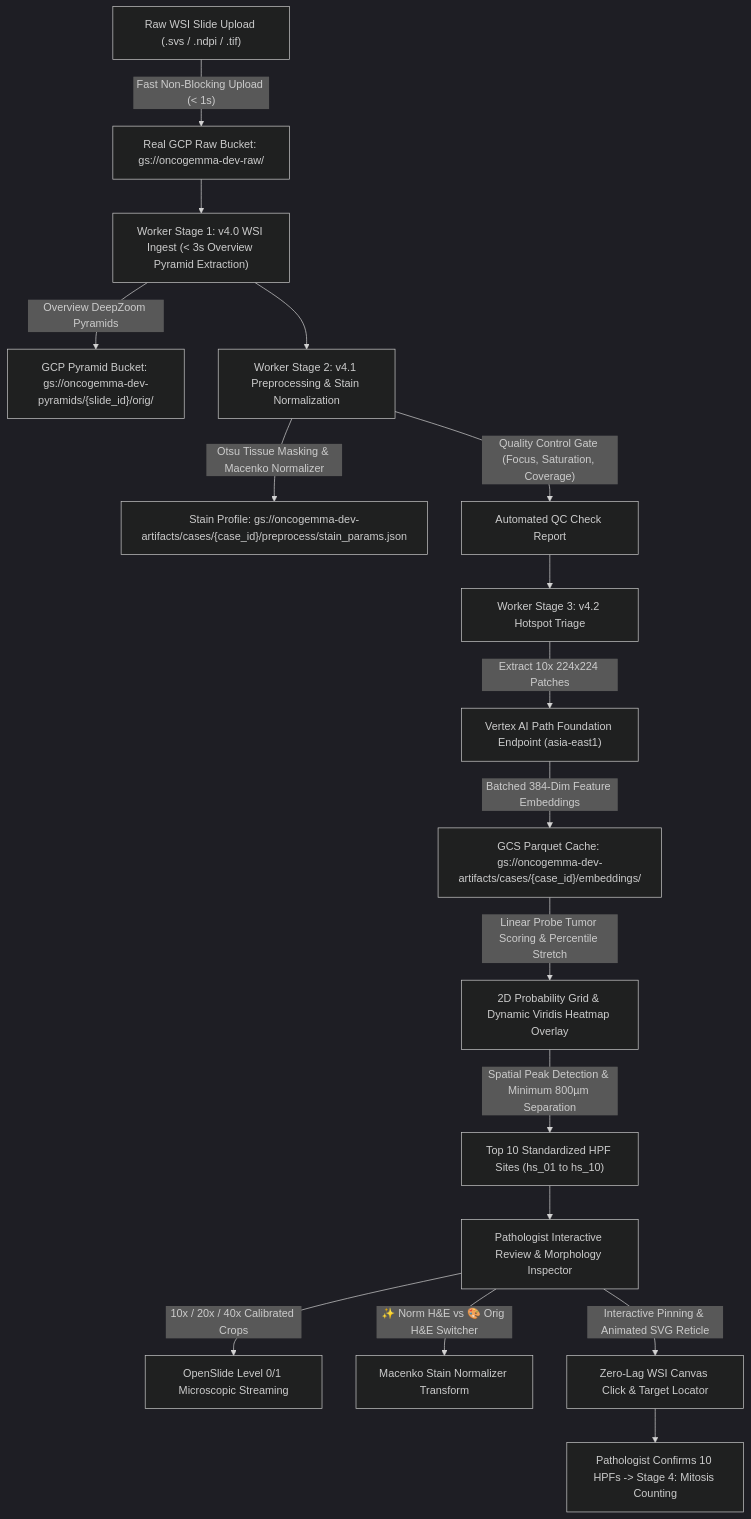
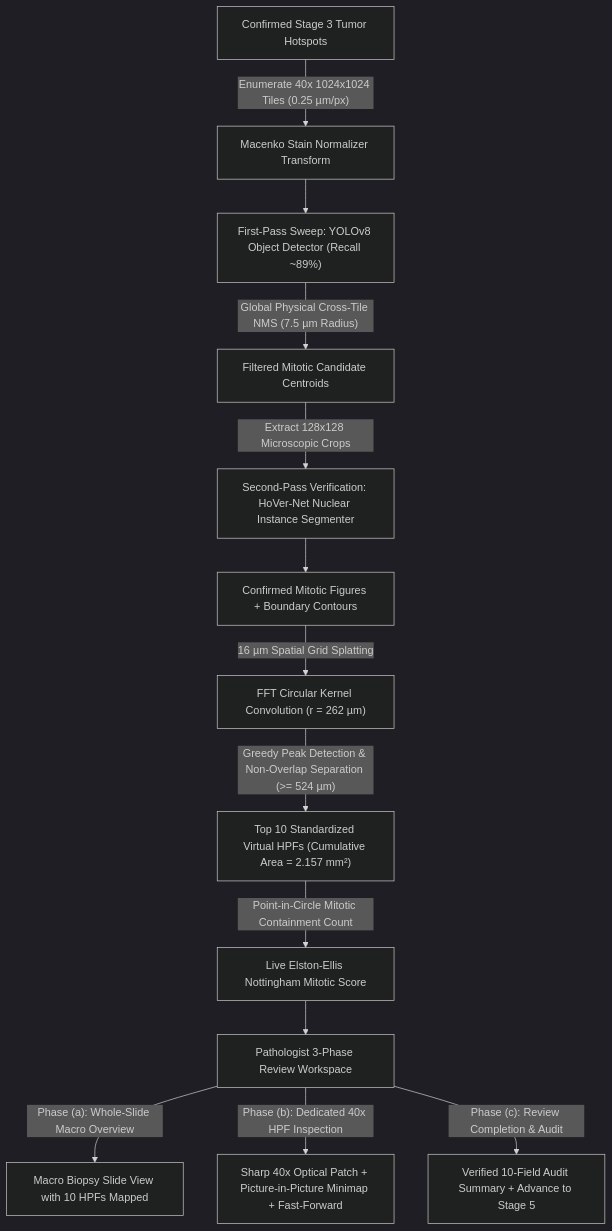
The diagram in README.md (preshit-gupta/OncoGemma-v4), drawn with Mermaid (dark theme) before and after one commit. The commit also changed other lines of this file and 26 other files, not shown here.

First line of the commit message:
feat(v4.3): implement 10-HPF virtual placement, mitosis detection, and 3-phase clinical review

````diff
--- a/README.md
+++ b/README.md
@@ -13,22 +13,17 @@
 ```mermaid
 flowchart TD
-    A["Raw WSI Slide Upload (.svs / .ndpi / .tif)"] -->|"Fast Non-Blocking Upload (< 1s)"| B["Real GCP Raw Bucket: gs://oncogemma-dev-raw/"]
-    B --> C["Worker Stage 1: v4.0 WSI Ingest (< 3s Overview Pyramid Extraction)"]
-    C -->|"Overview DeepZoom Pyramids"| D["GCP Pyramid Bucket: gs://oncogemma-dev-pyramids/{slide_id}/orig/"]
+    A["Confirmed Stage 3 Tumor Hotspots"] -->|"Enumerate 40x 1024x1024 Tiles (0.25 µm/px)"| B["Macenko Stain Normalizer Transform"]
+    B --> C["First-Pass Sweep: YOLOv8 Object Detector (Recall ~89%)"]
+    C -->|"Global Physical Cross-Tile NMS (7.5 µm Radius)"| D["Filtered Mitotic Candidate Centroids"]
+    D -->|"Extract 128x128 Microscopic Crops"| E["Second-Pass Verification: HoVer-Net Nuclear Instance Segmenter"]
+    E --> F["Confirmed Mitotic Figures + Boundary Contours"]
     
-    C --> E["Worker Stage 2: v4.1 Preprocessing & Stain Normalization"]
-    E -->|"Otsu Tissue Masking & Macenko Normalizer"| F["Stain Profile: gs://oncogemma-dev-artifacts/cases/{case_id}/preprocess/stain_params.json"]
-    E -->|"Quality Control Gate (Focus, Saturation, Coverage)"| G["Automated QC Check Report"]
-
-    G --> H["Worker Stage 3: v4.2 Hotspot Triage"]
-    H -->|"Extract 10x 224x224 Patches"| I["Vertex AI Path Foundation Endpoint (asia-east1)"]
-    I -->|"Batched 384-Dim Feature Embeddings"| J["GCS Parquet Cache: gs://oncogemma-dev-artifacts/cases/{case_id}/embeddings/"]
-    J -->|"Linear Probe Tumor Scoring & Percentile Stretch"| K["2D Probability Grid & Dynamic Viridis Heatmap Overlay"]
-    K -->|"Spatial Peak Detection & Minimum 800µm Separation"| L["Top 10 Standardized HPF Sites (hs_01 to hs_10)"]
-
-    L --> M["Pathologist Interactive Review & Morphology Inspector"]
-    M -->|"10x / 20x / 40x Calibrated Crops"| N["OpenSlide Level 0/1 Microscopic Streaming"]
-    M -->|"✨ Norm H&E vs 🎨 Orig H&E Switcher"| O["Macenko Stain Normalizer Transform"]
-    M -->|"Interactive Pinning & Animated SVG Reticle"| P["Zero-Lag WSI Canvas Click & Target Locator"]
-    P --> Q["Pathologist Confirms 10 HPFs -> Stage 4: Mitosis Counting"]
+    F -->|"16 µm Spatial Grid Splatting"| G["FFT Circular Kernel Convolution (r = 262 µm)"]
+    G -->|"Greedy Peak Detection & Non-Overlap Separation (>= 524 µm)"| H["Top 10 Standardized Virtual HPFs (Cumulative Area = 2.157 mm²)"]
+    H -->|"Point-in-Circle Mitotic Containment Count"| I["Live Elston-Ellis Nottingham Mitotic Score"]
+    
+    I --> J["Pathologist 3-Phase Review Workspace"]
+    J -->|"Phase (a): Whole-Slide Macro Overview"| K["Macro Biopsy Slide View with 10 HPFs Mapped"]
+    J -->|"Phase (b): Dedicated 40x HPF Inspection"| L["Sharp 40x Optical Patch + Picture-in-Picture Minimap + Fast-Forward"]
+    J -->|"Phase (c): Review Completion & Audit"| M["Verified 10-Field Audit Summary + Advance to Stage 5"]
 ```
````
